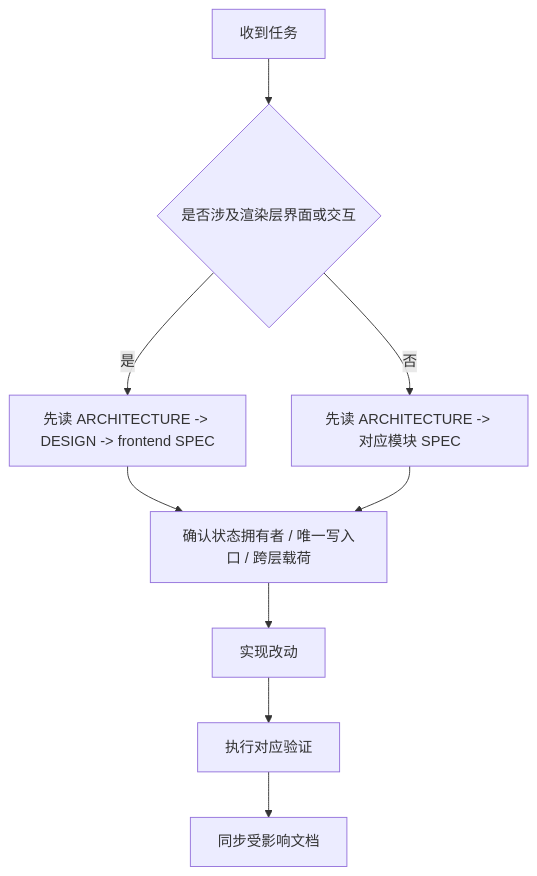
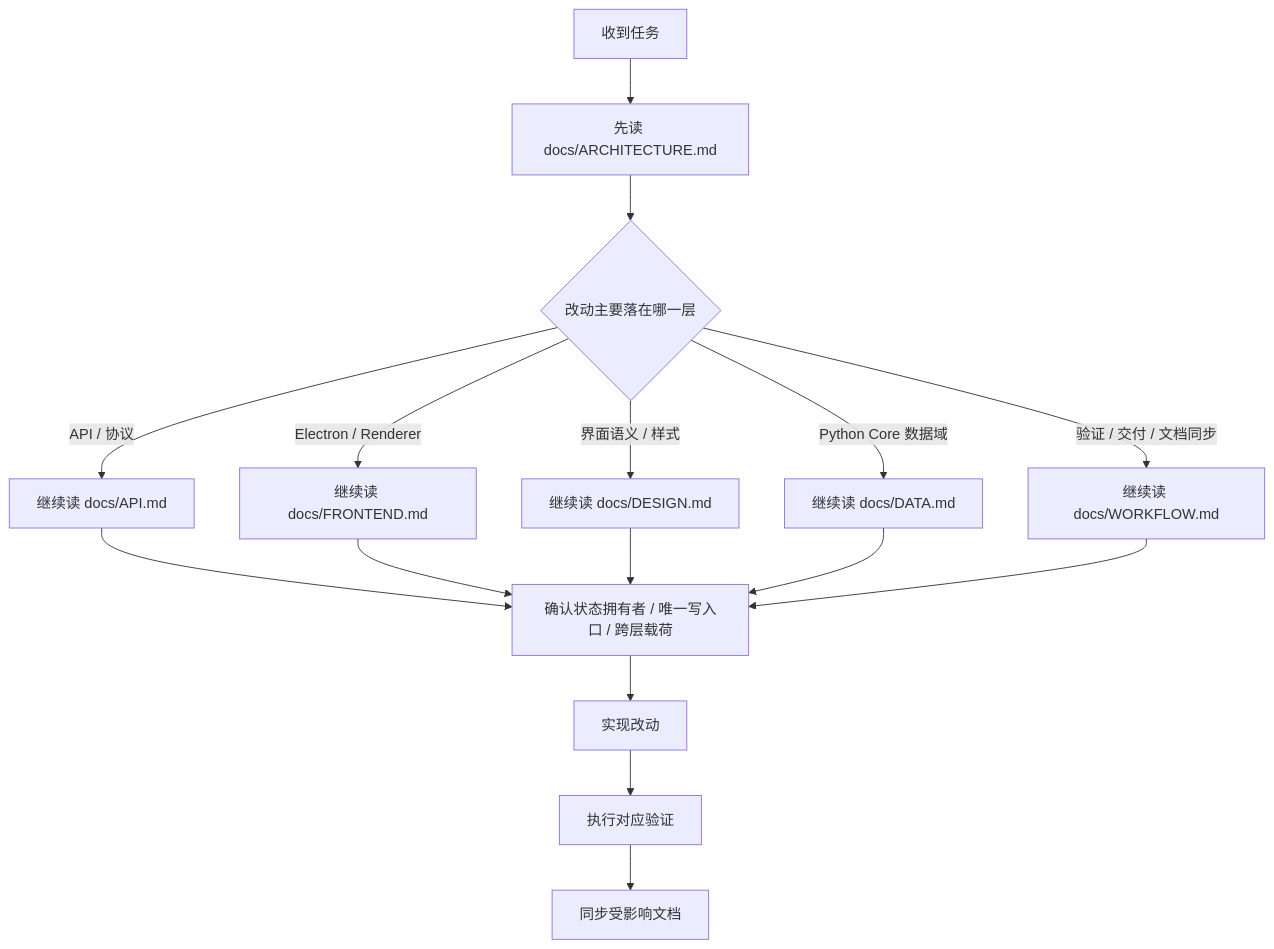
Before and after one commit to neavo/LinguaGacha: the diagram in AGENTS.md, drawn with Mermaid. The commit also changed other lines of this file and 16 other files, not shown here.

````diff
--- a/AGENTS.md
+++ b/AGENTS.md
@@ -9,11 +7,18 @@
 ```mermaid
 flowchart TD
-    A["收到任务"] --> B{"是否涉及渲染层界面或交互"}
-    B -->|是| C["先读 ARCHITECTURE -> DESIGN -> frontend SPEC"]
-    B -->|否| D["先读 ARCHITECTURE -> 对应模块 SPEC"]
-    C --> E["确认状态拥有者 / 唯一写入口 / 跨层载荷"]
-    D --> E
-    E --> F["实现改动"]
-    F --> G["执行对应验证"]
-    G --> H["同步受影响文档"]
+    A["收到任务"] --> B["先读 docs/ARCHITECTURE.md"]
+    B --> C{"改动主要落在哪一层"}
+    C -->|API / 协议| D["继续读 docs/API.md"]
+    C -->|Electron / Renderer| E["继续读 docs/FRONTEND.md"]
+    C -->|界面语义 / 样式| F["继续读 docs/DESIGN.md"]
+    C -->|Python Core 数据域| G["继续读 docs/DATA.md"]
+    C -->|验证 / 交付 / 文档同步| H["继续读 docs/WORKFLOW.md"]
+    D --> I["确认状态拥有者 / 唯一写入口 / 跨层载荷"]
+    E --> I
+    F --> I
+    G --> I
+    H --> I
+    I --> J["实现改动"]
+    J --> K["执行对应验证"]
+    K --> L["同步受影响文档"]
 ```
````
